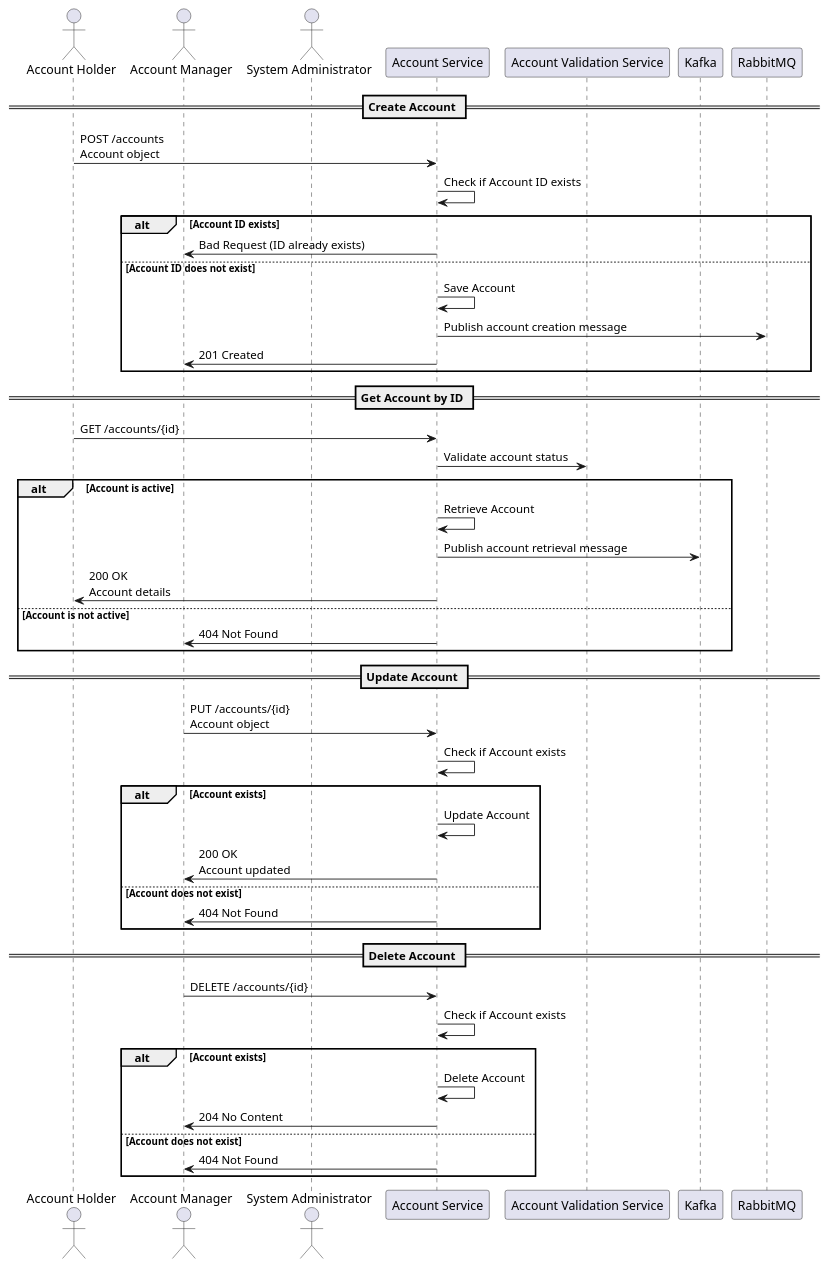
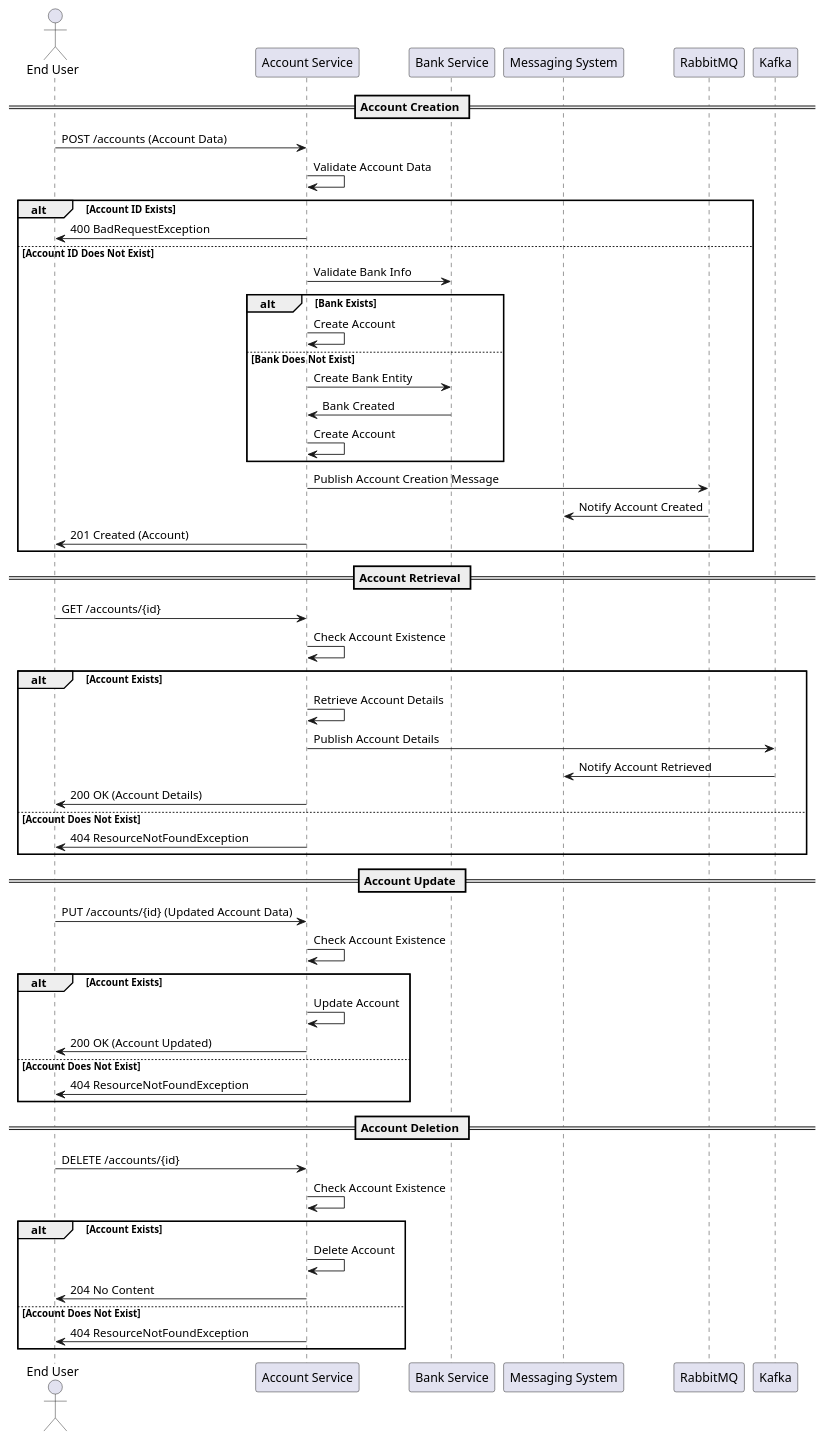
One commit to Bhaskar-Pavan/AccountService changed the diagram in design_document/Account_service.md. Above: the diagram before and after it, drawn with PlantUML. The commit also changed other lines of this file, not shown here.

````diff
--- a/design_document/Account_service.md
+++ b/design_document/Account_service.md
@@ -36,54 +56,61 @@
 ```plantuml
 @startuml
-actor "Account Holder" as AH
-actor "Account Manager" as AM
-actor "System Administrator" as SA
-participant "Account Service" as AS
-participant "Account Validation Service" as AVS
-participant "Kafka" as KAFKA
-participant "RabbitMQ" as RABBITMQ
+actor "End User" as User
+participant "Account Service" as AccountService
+participant "Bank Service" as BankService
+participant "Messaging System" as MessagingSystem
+participant "RabbitMQ" as RabbitMQ
+participant "Kafka" as Kafka
 
-== Create Account ==
-AH -> AS : POST /accounts\nAccount object
-AS -> AS : Check if Account ID exists
-alt Account ID exists
-    AS -> AM : Bad Request (ID already exists)
-else Account ID does not exist
-    AS -> AS : Save Account
-    AS -> RABBITMQ : Publish account creation message
-    AS -> AM : 201 Created
+== Account Creation ==
+User -> AccountService: POST /accounts (Account Data)
+AccountService -> AccountService: Validate Account Data
+alt Account ID Exists
+    AccountService -> User: 400 BadRequestException
+else Account ID Does Not Exist
+    AccountService -> BankService: Validate Bank Info
+    alt Bank Exists
+        AccountService -> AccountService: Create Account
+    else Bank Does Not Exist
+        AccountService -> BankService: Create Bank Entity
+        BankService -> AccountService: Bank Created
+        AccountService -> AccountService: Create Account
+    end
+    AccountService -> RabbitMQ: Publish Account Creation Message
+    RabbitMQ -> MessagingSystem: Notify Account Created
+    AccountService -> User: 201 Created (Account)
 end
 
-== Get Account by ID ==
-AH -> AS : GET /accounts/{id}
-AS -> AVS : Validate account status
-alt Account is active
-    AS -> AS : Retrieve Account
-    AS -> KAFKA : Publish account retrieval message
-    AS -> AH : 200 OK\nAccount details
-else Account is not active
-    AS -> AM : 404 Not Found
+== Account Retrieval ==
+User -> AccountService: GET /accounts/{id}
+AccountService -> AccountService: Check Account Existence
+alt Account Exists
+    AccountService -> AccountService: Retrieve Account Details
+    AccountService -> Kafka: Publish Account Details
+    Kafka -> MessagingSystem: Notify Account Retrieved
+    AccountService -> User: 200 OK (Account Details)
+else Account Does Not Exist
+    AccountService -> User: 404 ResourceNotFoundException
 end
 
-== Update Account ==
-AM -> AS : PUT /accounts/{id}\nAccount object
-AS -> AS : Check if Account exists
-alt Account exists
-    AS -> AS : Update Account
-    AS -> AM : 200 OK\nAccount updated
-else Account does not exist
-    AS -> AM : 404 Not Found
+== Account Update ==
+User -> AccountService: PUT /accounts/{id} (Updated Account Data)
+AccountService -> AccountService: Check Account Existence
+alt Account Exists
+    AccountService -> AccountService: Update Account
+    AccountService -> User: 200 OK (Account Updated)
+else Account Does Not Exist
+    AccountService -> User: 404 ResourceNotFoundException
 end
 
-== Delete Account ==
-AM -> AS : DELETE /accounts/{id}
-AS -> AS : Check if Account exists
-alt Account exists
-    AS -> AS : Delete Account
-    AS -> AM : 204 No Content
-else Account does not exist
-    AS -> AM : 404 Not Found
+== Account Deletion ==
+User -> AccountService: DELETE /accounts/{id}
+AccountService -> AccountService: Check Account Existence
+alt Account Exists
+    AccountService -> AccountService: Delete Account
+    AccountService -> User: 204 No Content
+else Account Does Not Exist
+    AccountService -> User: 404 ResourceNotFoundException
 end
-
 @enduml
 ```
````
